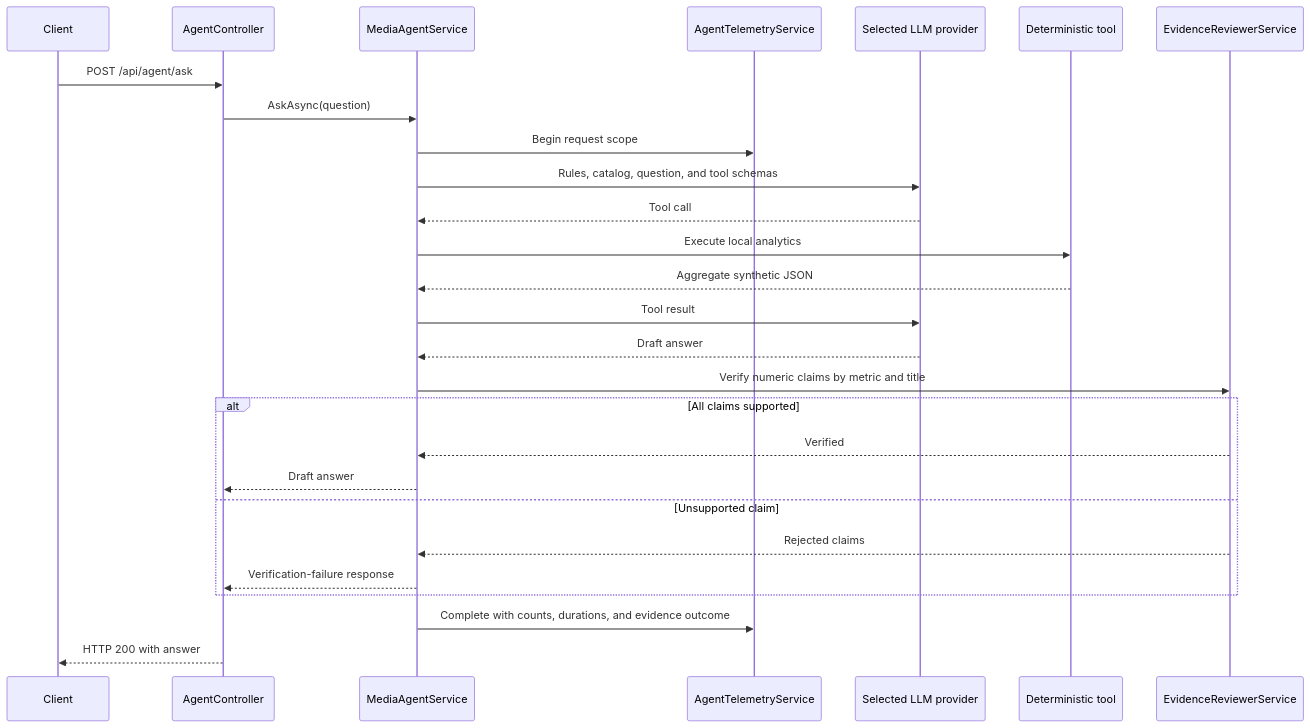
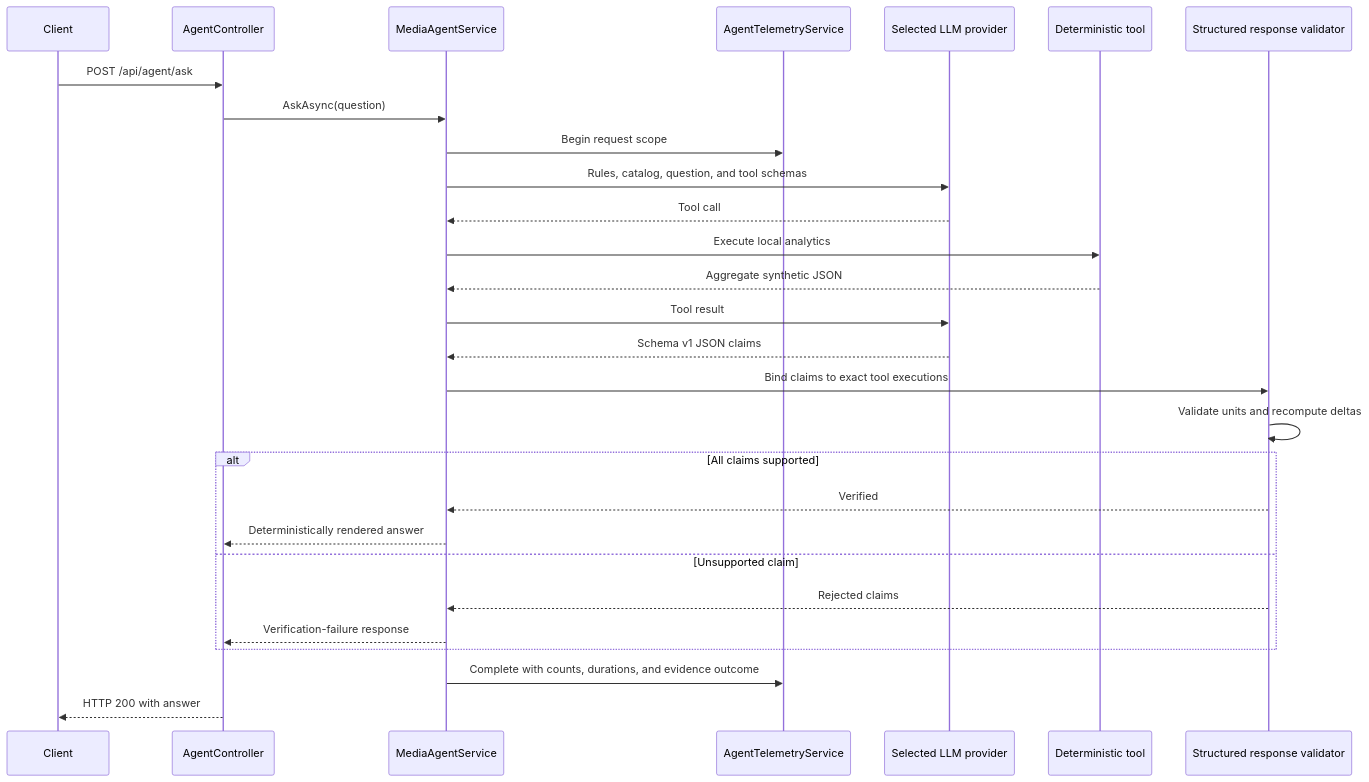
One commit to thaeri/Media-Intelligence-Agent changed the second of 2 diagrams in docs/architecture.md. Above: the diagram before and after it, drawn with Mermaid. The commit also changed other lines of this file and 9 other files, not shown here.

Commit message:
feat(agent): add structured evidence-verified responses

````diff
--- a/docs/architecture.md
+++ b/docs/architecture.md
@@ -139,30 +139,31 @@
 ```mermaid
 sequenceDiagram
     participant C as Client
     participant A as AgentController
     participant M as MediaAgentService
     participant T as AgentTelemetryService
     participant L as Selected LLM provider
     participant D as Deterministic tool
-    participant E as EvidenceReviewerService
+    participant E as Structured response validator
 
     C->>A: POST /api/agent/ask
     A->>M: AskAsync(question)
     M->>T: Begin request scope
     M->>L: Rules, catalog, question, and tool schemas
     L-->>M: Tool call
     M->>D: Execute local analytics
     D-->>M: Aggregate synthetic JSON
     M->>L: Tool result
-    L-->>M: Draft answer
-    M->>E: Verify numeric claims by metric and title
+    L-->>M: Schema v1 JSON claims
+    M->>E: Bind claims to exact tool executions
+    E->>E: Validate units and recompute deltas
     alt All claims supported
         E-->>M: Verified
-        M-->>A: Draft answer
+        M-->>A: Deterministically rendered answer
     else Unsupported claim
         E-->>M: Rejected claims
         M-->>A: Verification-failure response
     end
     M->>T: Complete with counts, durations, and evidence outcome
     A-->>C: HTTP 200 with answer
 ```
````
